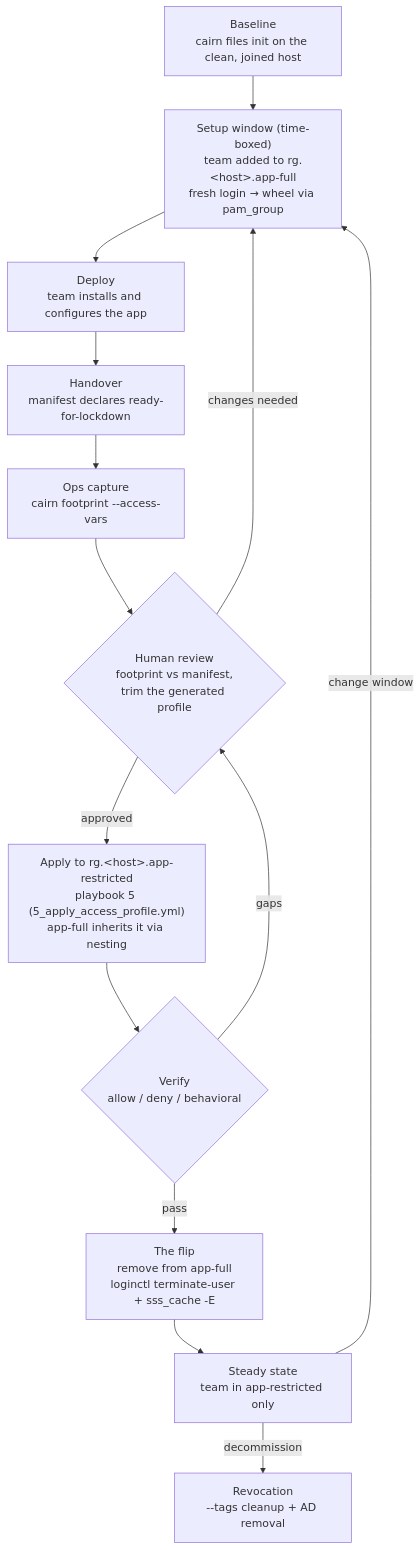
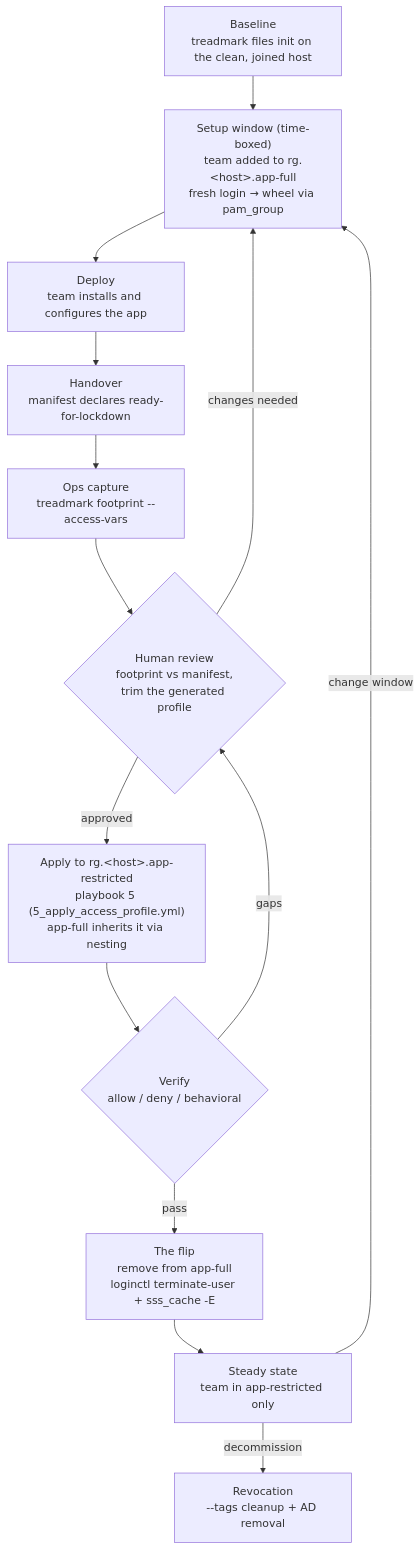
Before and after one commit to mcowser-p/declarative-access-profiles: the diagram in docs/concepts/lifecycle.md, drawn with Mermaid. The commit also changed other lines of this file and 117 other files, not shown here.

First line of the commit message:
docs: cairn is now treadmark

````diff
--- a/docs/concepts/lifecycle.md
+++ b/docs/concepts/lifecycle.md
@@ -34,17 +34,17 @@
 ```mermaid
 flowchart TD
-    B["Baseline<br/>cairn files init on the clean, joined host"] --> S
+    B["Baseline<br/>treadmark files init on the clean, joined host"] --> S
     S["Setup window (time-boxed)<br/>team added to rg.&lt;host&gt;.app-full<br/>fresh login → wheel via pam_group"] --> D
     D["Deploy<br/>team installs and configures the app"] --> H
     H["Handover<br/>manifest declares ready-for-lockdown"] --> C
-    C["Ops capture<br/>cairn footprint --access-vars"] --> R
+    C["Ops capture<br/>treadmark footprint --access-vars"] --> R
     R{"Human review<br/>footprint vs manifest,<br/>trim the generated profile"}
     R -->|changes needed| S
     R -->|approved| A["Apply to rg.&lt;host&gt;.app-restricted<br/>playbook 5 (5_apply_access_profile.yml)<br/>app-full inherits it via nesting"]
     A --> V{"Verify<br/>allow / deny / behavioral"}
     V -->|gaps| R
     V -->|pass| F["The flip<br/>remove from app-full<br/>loginctl terminate-user + sss_cache -E"]
     F --> SS["Steady state<br/>team in app-restricted only"]
     SS -->|change window| S
     SS -->|decommission| X["Revocation<br/>--tags cleanup + AD removal"]
 ```
````
